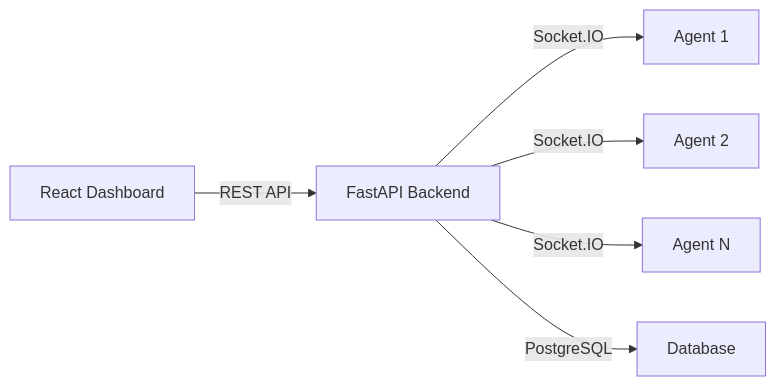
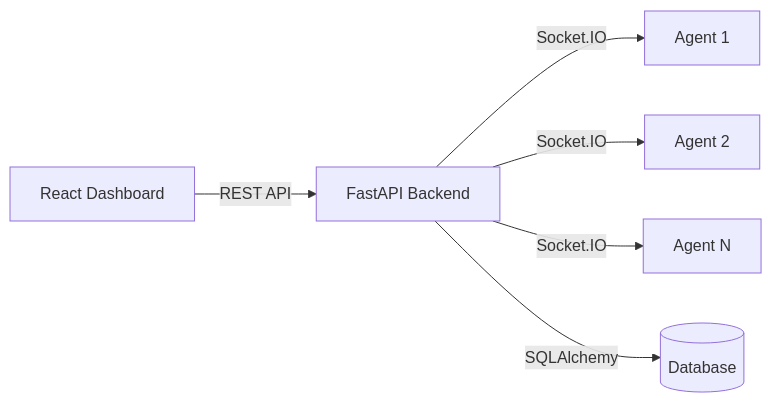
One commit to Nischay-loq/DeployX changed the diagram in README.md. Above: the diagram before and after it, drawn with Mermaid. The commit also changed other lines of this file and 75 other files, not shown here.

````diff
--- a/README.md
+++ b/README.md
@@ -26,8 +24,8 @@
 ```mermaid
 graph LR
     A[React Dashboard] -->|REST API| B[FastAPI Backend]
     B -->|Socket.IO| C[Agent 1]
     B -->|Socket.IO| D[Agent 2]
     B -->|Socket.IO| E[Agent N]
-    B -->|PostgreSQL| F[Database]
+    B -->|SQLAlchemy| F[(Database)]
 ```
````
